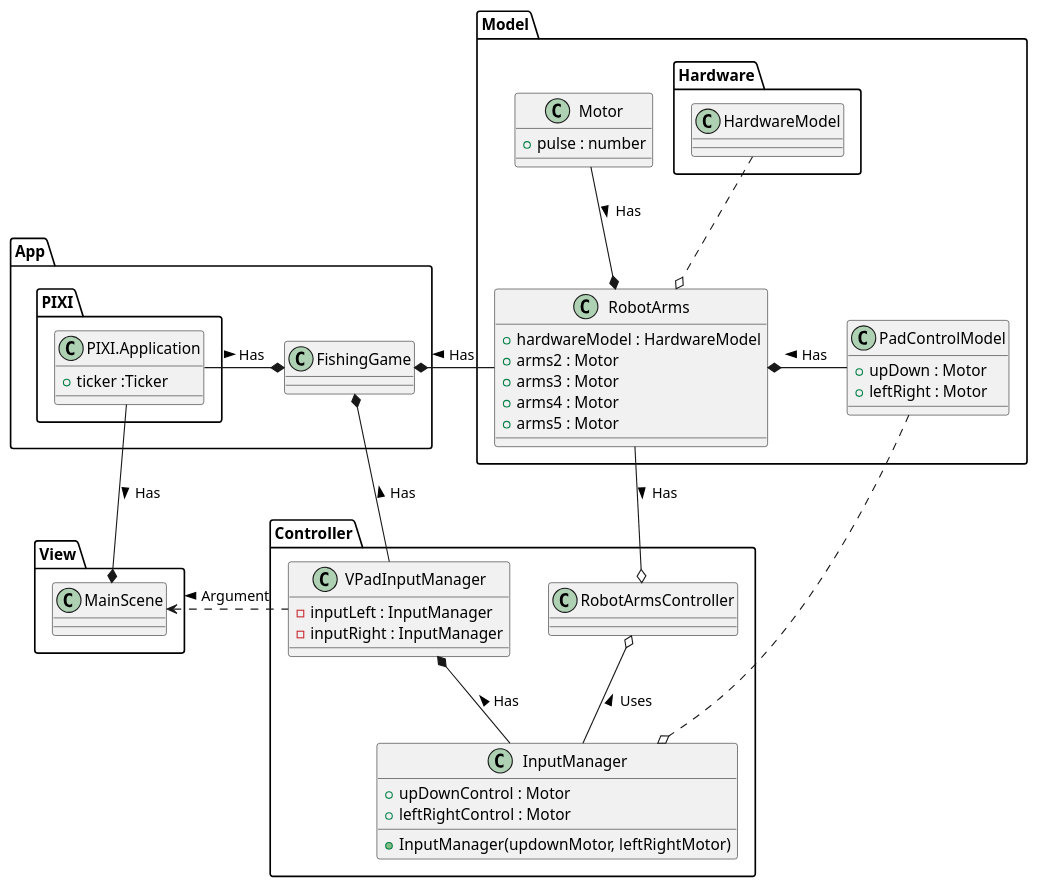
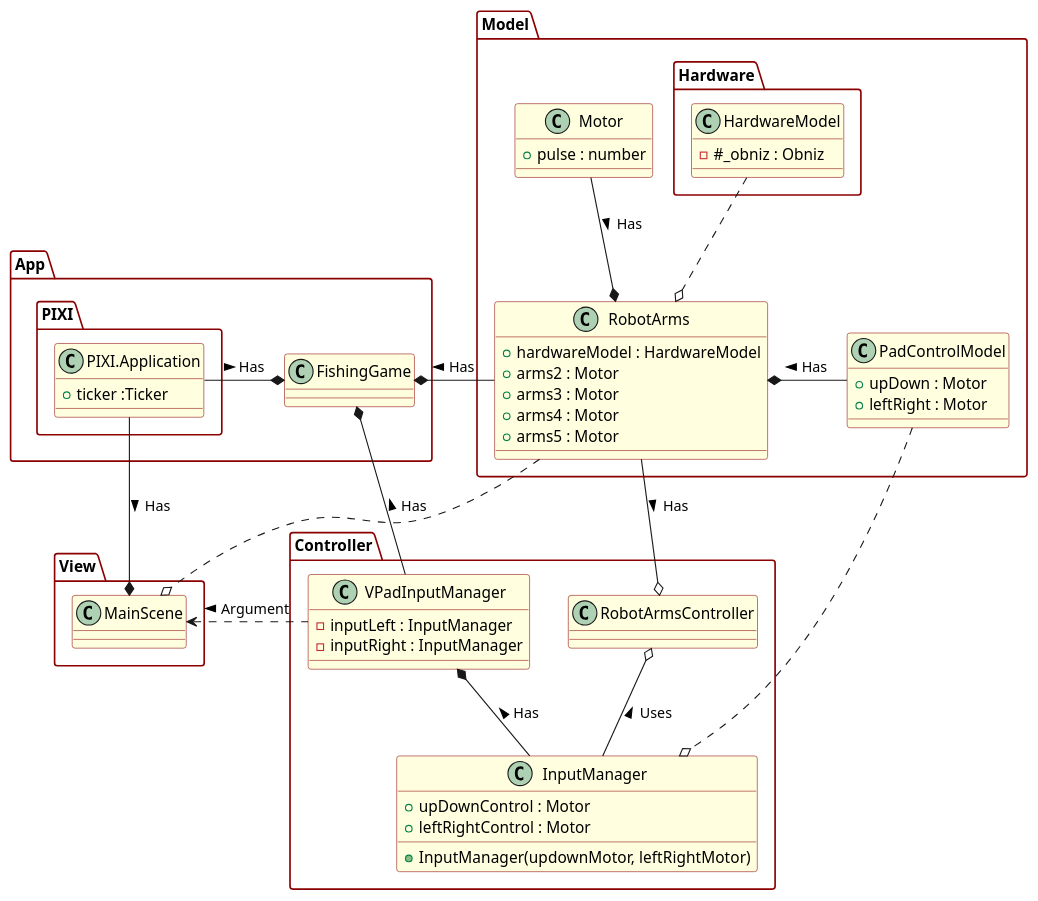
One commit to nakagawa-takayoshi/FishingGame changed the second of 5 diagrams in documents/設計書.md. Above: the diagram before and after it, drawn with PlantUML. The commit also changed other lines of this file, not shown here.

```diff
--- a/documents/設計書.md
+++ b/documents/設計書.md
@@ -59,6 +71,21 @@
 ~~~plantuml
 
 @startuml
+
+skinparam package {
+  backgroundColor transparent
+  borderColor darkred
+}
+
+skinparam class {
+  backgroundColor LightYellow
+  borderColor darkred
+}
+
+skinparam interface {
+  backgroundColor LightYellow
+  borderColor darkred
+}
 
 package App {
 
@@ -122,7 +149,7 @@
     package Hardware {
         class HardwareModel
         {
-
+            - #_obniz : Obniz
         }
     }
 
@@ -161,6 +188,7 @@
 
 VPadInputManager .left.> MainScene : Argument >
 VPadInputManager -up-* FishingGame : Has >
+RobotArms .down.o MainScene
 
 
 @enduml
```
